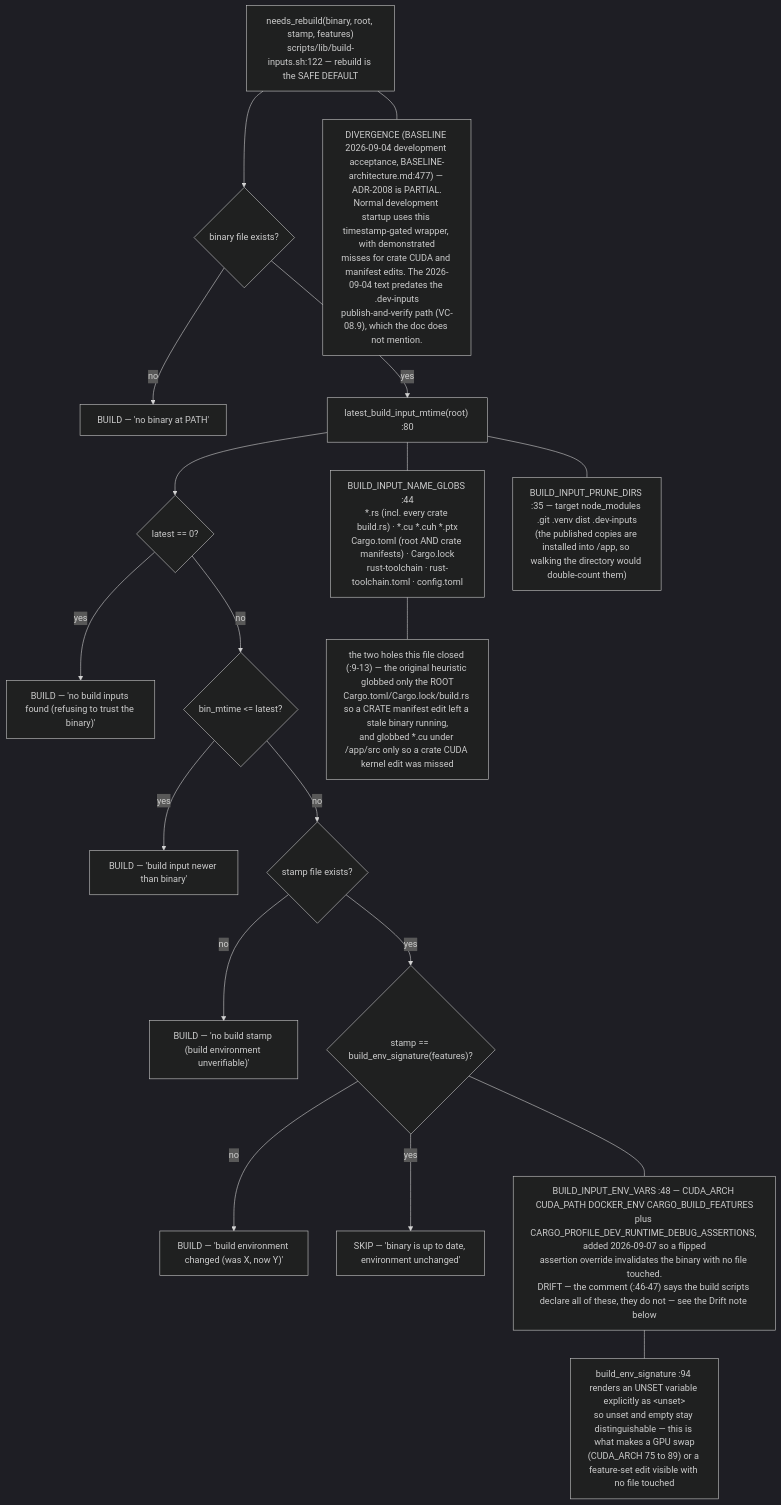
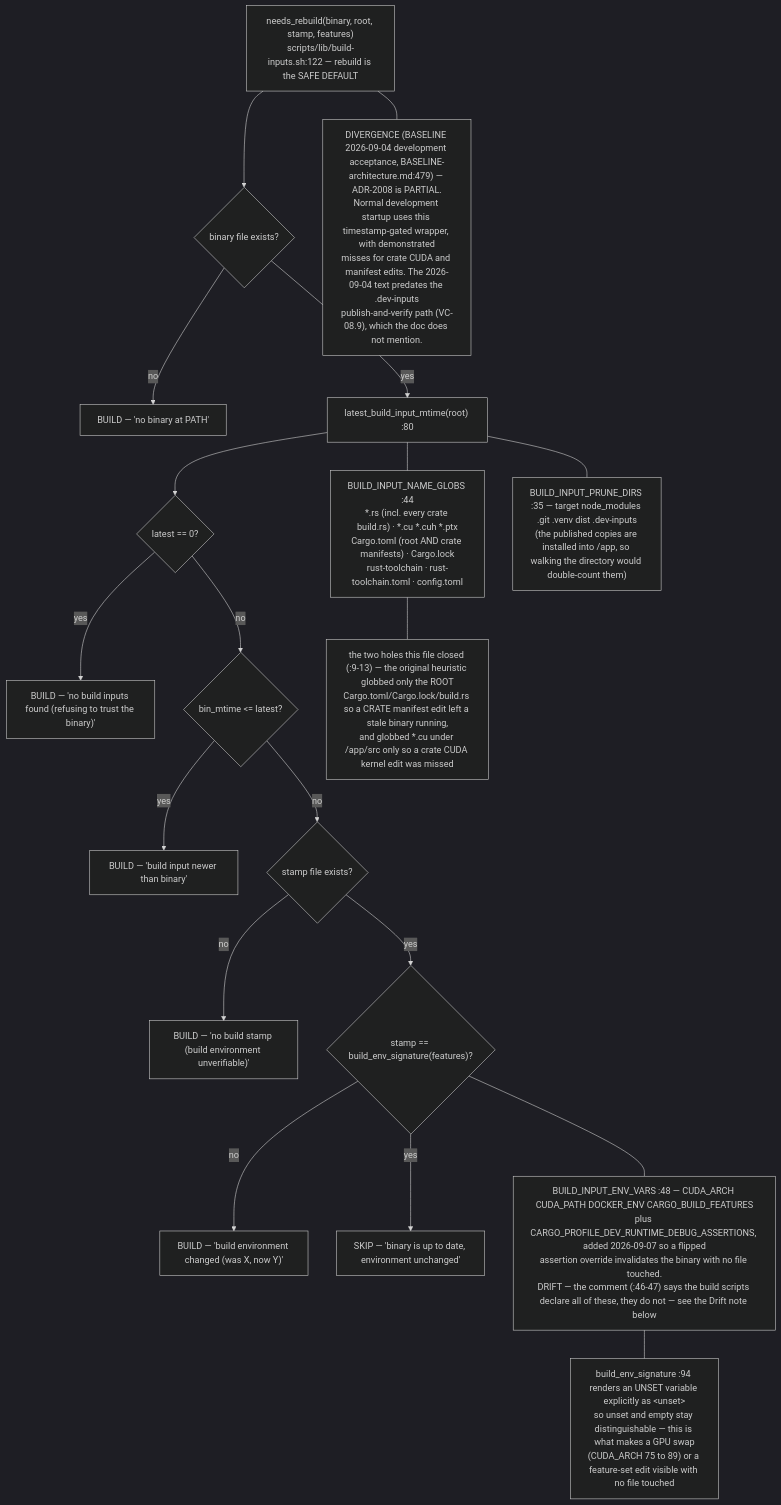
One commit to DreamLab-AI/VisionFlow changed the seventh of 9 diagrams in docs/diagrams/visionclaw/08-observability-health-and-dev-loop.md. Above: the diagram before and after it, drawn with Mermaid (dark theme). The commit also changed other lines of this file and 154 other files, not shown here.

First line of the commit message:
docs(diagrams): re-stamp 154 topics whose every citation still reads the same text at the current heads

````diff
--- a/docs/diagrams/visionclaw/08-observability-health-and-dev-loop.md
+++ b/docs/diagrams/visionclaw/08-observability-health-and-dev-loop.md
@@ -268,28 +268,28 @@
 ```mermaid
 flowchart TB
     NR["needs_rebuild(binary, root, stamp, features)<br/>scripts/lib/build-inputs.sh:122 — rebuild is the SAFE DEFAULT"]
     NR --> C1{"binary file exists?"}
     C1 -->|no| B1["BUILD — 'no binary at PATH'"]
     C1 -->|yes| C2["latest_build_input_mtime(root) :80"]
     C2 --> C3{"latest == 0?"}
     C3 -->|yes| B2["BUILD — 'no build inputs found (refusing to trust the binary)'"]
     C3 -->|no| C4{"bin_mtime <= latest?"}
     C4 -->|yes| B3["BUILD — 'build input newer than binary'"]
     C4 -->|no| C5{"stamp file exists?"}
     C5 -->|no| B4["BUILD — 'no build stamp (build environment unverifiable)'"]
     C5 -->|yes| C6{"stamp == build_env_signature(features)?"}
     C6 -->|no| B5["BUILD — 'build environment changed (was X, now Y)'"]
     C6 -->|yes| SK["SKIP — 'binary is up to date, environment unchanged'"]
     GLOB["BUILD_INPUT_NAME_GLOBS :44<br/>*.rs (incl. every crate build.rs) · *.cu *.cuh *.ptx<br/>Cargo.toml (root AND crate manifests) · Cargo.lock<br/>rust-toolchain · rust-toolchain.toml · config.toml"]
     PRUNE["BUILD_INPUT_PRUNE_DIRS :35 — target node_modules .git .venv dist .dev-inputs<br/>(the published copies are installed into /app, so walking the directory would double-count them)"]
     ENVV["BUILD_INPUT_ENV_VARS :48 — CUDA_ARCH CUDA_PATH DOCKER_ENV CARGO_BUILD_FEATURES<br/>plus CARGO_PROFILE_DEV_RUNTIME_DEBUG_ASSERTIONS, added 2026-09-07 so a flipped<br/>assertion override invalidates the binary with no file touched.<br/>DRIFT — the comment (:46-47) says the build scripts declare all of these, they do not — see the Drift note below"]
     C2 --- GLOB
     C2 --- PRUNE
     C6 --- ENVV
     SIG["build_env_signature :94 renders an UNSET variable explicitly as &lt;unset&gt;<br/>so unset and empty stay distinguishable — this is what makes a GPU swap<br/>(CUDA_ARCH 75 to 89) or a feature-set edit visible with no file touched"]
     ENVV --- SIG
     HOLES["the two holes this file closed (:9-13) — the original heuristic globbed only the ROOT<br/>Cargo.toml/Cargo.lock/build.rs so a CRATE manifest edit left a stale binary running,<br/>and globbed *.cu under /app/src only so a crate CUDA kernel edit was missed"]
     GLOB --- HOLES
-    DIV["DIVERGENCE (BASELINE 2026-09-04 development acceptance, BASELINE-architecture.md:477) — ADR-2008 is PARTIAL.<br/>Normal development startup uses this timestamp-gated wrapper, with demonstrated<br/>misses for crate CUDA and manifest edits. The 2026-09-04 text predates the .dev-inputs<br/>publish-and-verify path (VC-08.9), which the doc does not mention."]
+    DIV["DIVERGENCE (BASELINE 2026-09-04 development acceptance, BASELINE-architecture.md:479) — ADR-2008 is PARTIAL.<br/>Normal development startup uses this timestamp-gated wrapper, with demonstrated<br/>misses for crate CUDA and manifest edits. The 2026-09-04 text predates the .dev-inputs<br/>publish-and-verify path (VC-08.9), which the doc does not mention."]
     NR --- DIV
 ```
````
